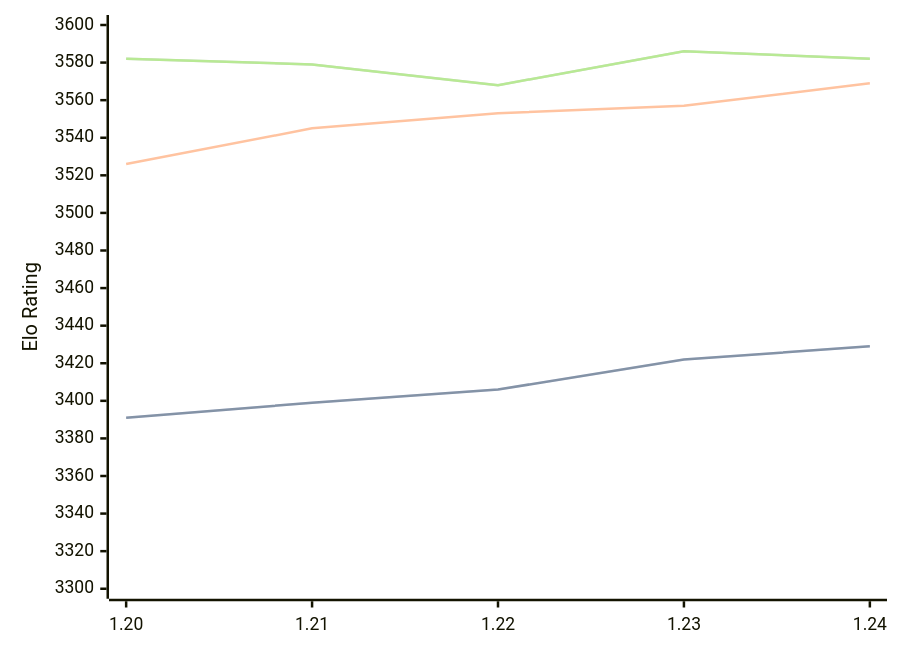
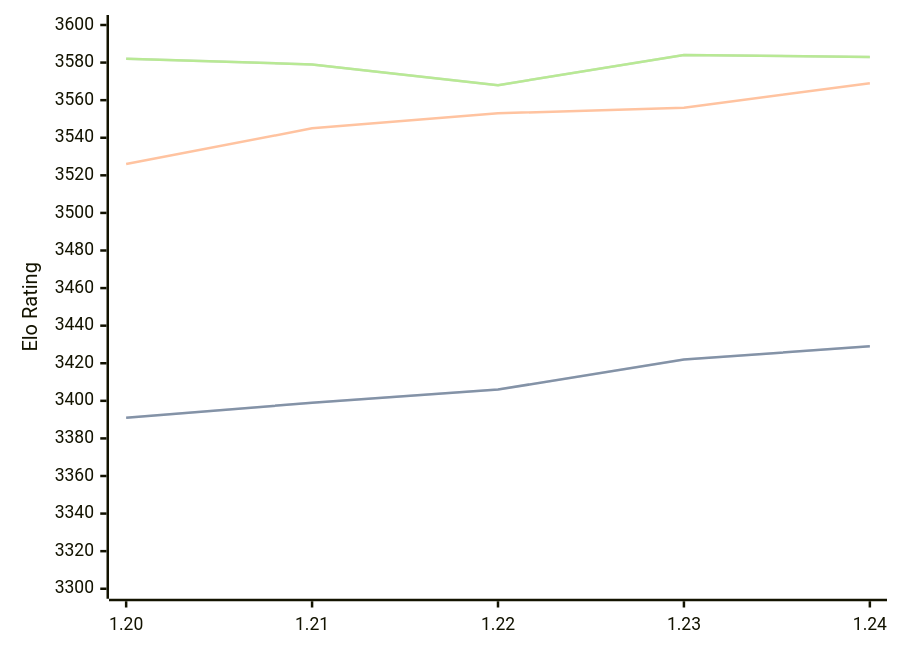
Before and after one commit to computer-chess-index/cci: the diagram in engines/Caissa.md, drawn with Mermaid. The commit also changed other lines of this file, not shown here.

Commit message:
Update CCI Ratings (ELO VLTC) - 2026-03-16

````diff
--- a/engines/Caissa.md
+++ b/engines/Caissa.md
@@ -62,11 +62,11 @@
 ```mermaid
 %%{init: {"theme":"base","themeVariables":{"seriesColors:['#a3a3a3','#222221','#faa371']}}}%%
 xychart-beta
   x-axis ["1.20", "1.21", "1.22", "1.23", "1.24"]
   y-axis "Elo Rating" 3300 --> 3600
   line "STC (8.0+0.08s)" [3391, 3399, 3406, 3422, 3429]
   line "STC (8.0+0.08s)" [3391, 3399, 3406, 3422, 3429]
-  line "LTC (60.0+0.60s)" [3526, 3545, 3553, 3557, 3569]
-  line "VLTC (2m24s+1.12s)" [3582, 3579, 3568, 3586, 3582]
-  line "VLTC (2m24s+1.12s)" [3582, 3579, 3568, 3586, 3582]
+  line "LTC (60.0+0.60s)" [3526, 3545, 3553, 3556, 3569]
+  line "VLTC (2m24s+1.12s)" [3582, 3579, 3568, 3584, 3583]
+  line "VLTC (2m24s+1.12s)" [3582, 3579, 3568, 3584, 3583]
 ```
````
